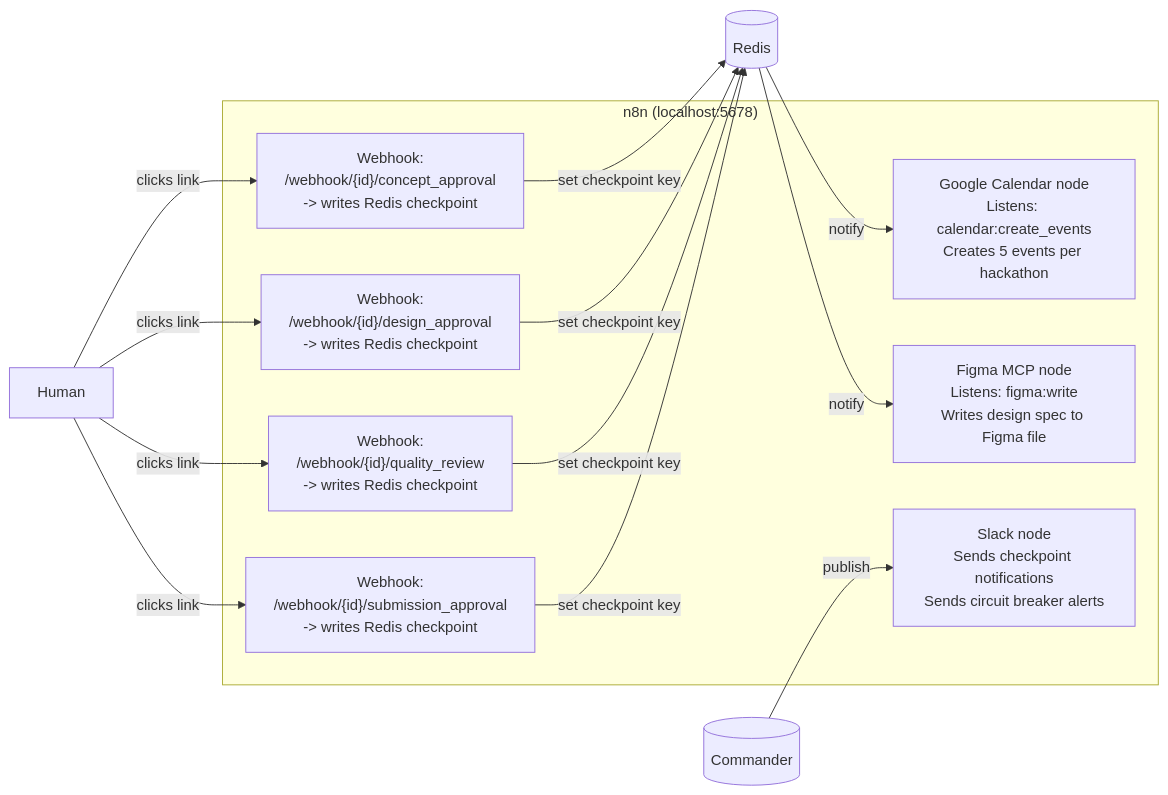
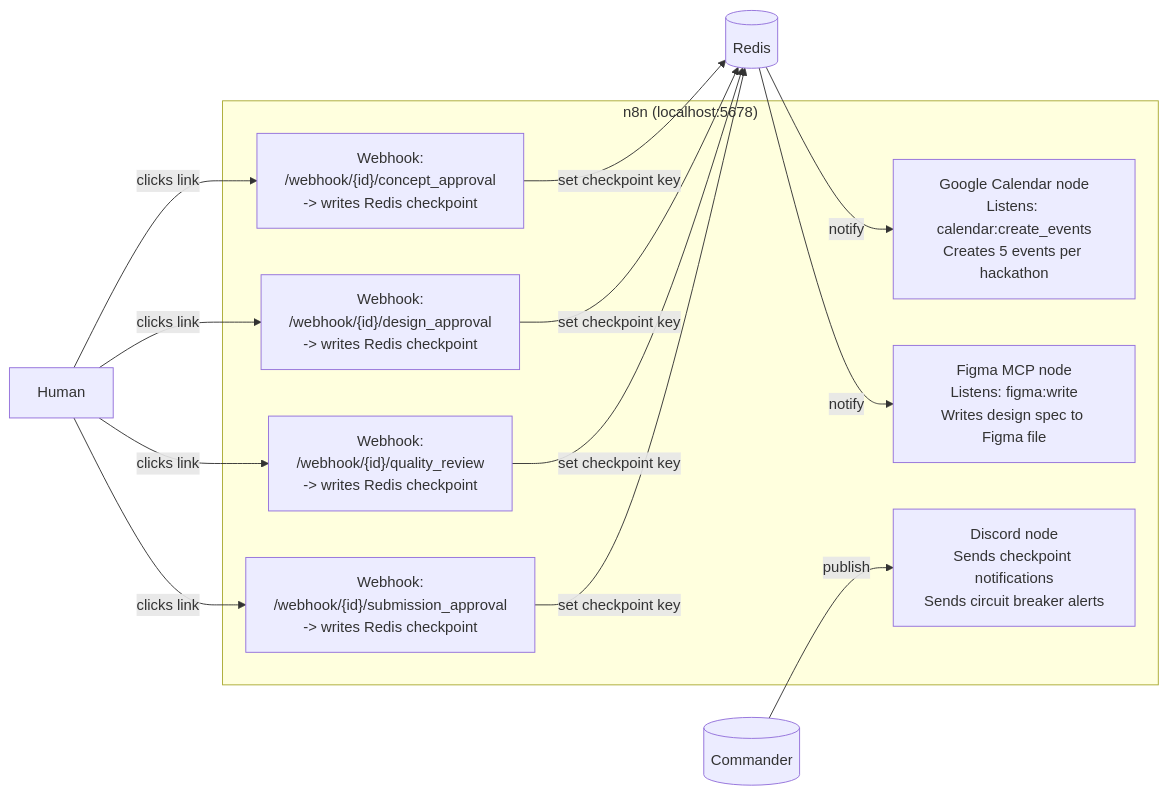
The fourth of 4 diagrams in docs/07-infrastructure.md (snowby666/forge), drawn with Mermaid before and after one commit. The commit also changed 10 other files, not shown here.

````diff
--- a/docs/07-infrastructure.md
+++ b/docs/07-infrastructure.md
@@ -185,20 +185,20 @@
 ```mermaid
 graph LR
     subgraph N8N["n8n (localhost:5678)"]
         W1["Webhook:\n/webhook/{id}/concept_approval\n-> writes Redis checkpoint"]
         W2["Webhook:\n/webhook/{id}/design_approval\n-> writes Redis checkpoint"]
         W3["Webhook:\n/webhook/{id}/quality_review\n-> writes Redis checkpoint"]
         W4["Webhook:\n/webhook/{id}/submission_approval\n-> writes Redis checkpoint"]
 
         CAL["Google Calendar node\nListens: calendar:create_events\nCreates 5 events per hackathon"]
 
         FIG["Figma MCP node\nListens: figma:write\nWrites design spec to Figma file"]
 
-        SLACK["Slack node\nSends checkpoint notifications\nSends circuit breaker alerts"]
+        DISCORD["Discord node\nSends checkpoint notifications\nSends circuit breaker alerts"]
     end
 
     HUMAN["Human"] -->|clicks link| W1 & W2 & W3 & W4
     W1 & W2 & W3 & W4 -->|set checkpoint key| RD[("Redis")]
     RD -->|notify| CAL & FIG
-    CMD[("Commander")] -->|publish| SLACK
+    CMD[("Commander")] -->|publish| DISCORD
 ```
````
